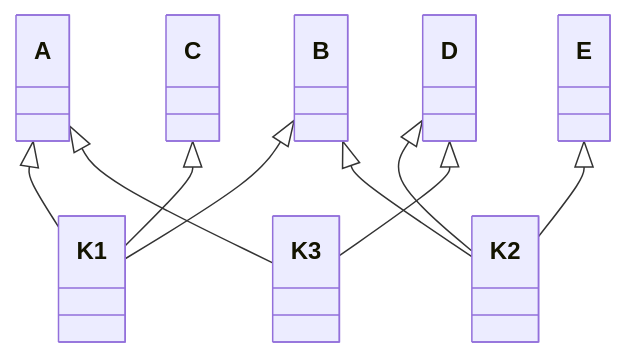
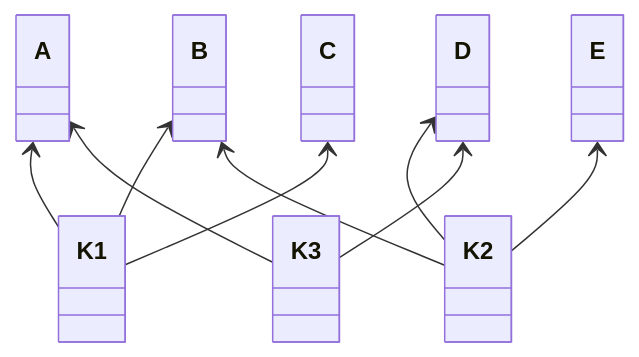
Before and after one commit to filipelopes2020/python-pcap-exercises: the diagram in Meus-Programas/Exames-SIMUL-G3-Retake/diagrama.md, drawn with Mermaid. The commit also changed 11 other files, not shown here.

````diff
--- a/Meus-Programas/Exames-SIMUL-G3-Retake/diagrama.md
+++ b/Meus-Programas/Exames-SIMUL-G3-Retake/diagrama.md
@@ -1,23 +1,23 @@
 ```mermaid
 classDiagram
-    direction TB
+    direction BT
     class A
     class B
     class C
     class D
     class E
     class K1
     class K2
     class K3
 
-    A <|-- K1
-    B <|-- K1
-    C <|-- K1
+    K1 --> A
+    K1 --> B
+    K1 --> C
 
-    D <|-- K2
-    B <|-- K2
-    E <|-- K2
+    K2 --> D
+    K2 --> B
+    K2 --> E
 
-    D <|-- K3
-    A <|-- K3
+    K3 --> D
+    K3 --> A
 ```
````
